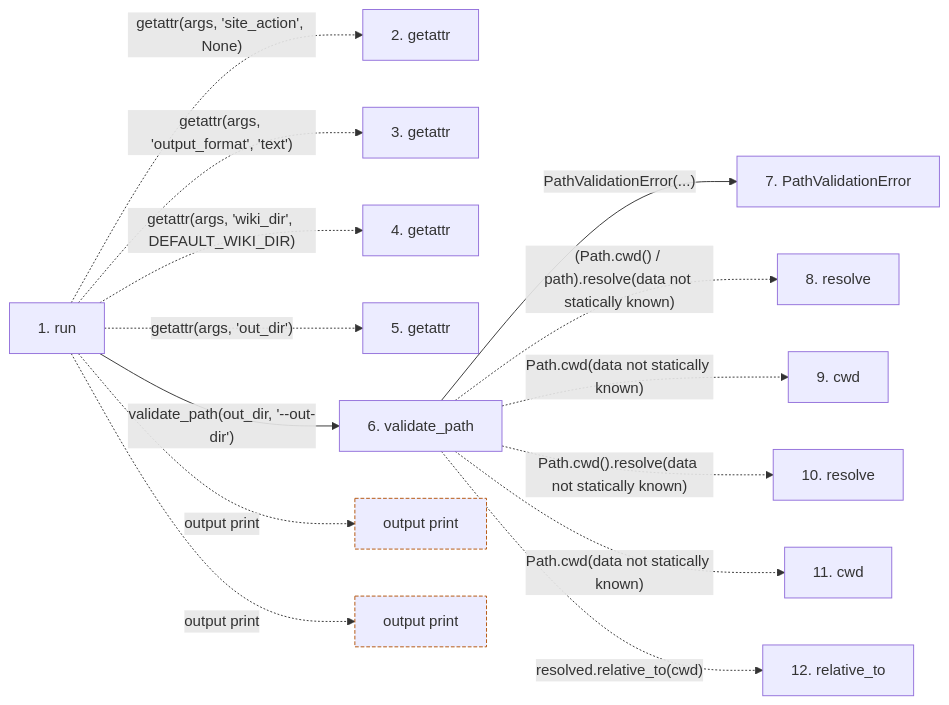
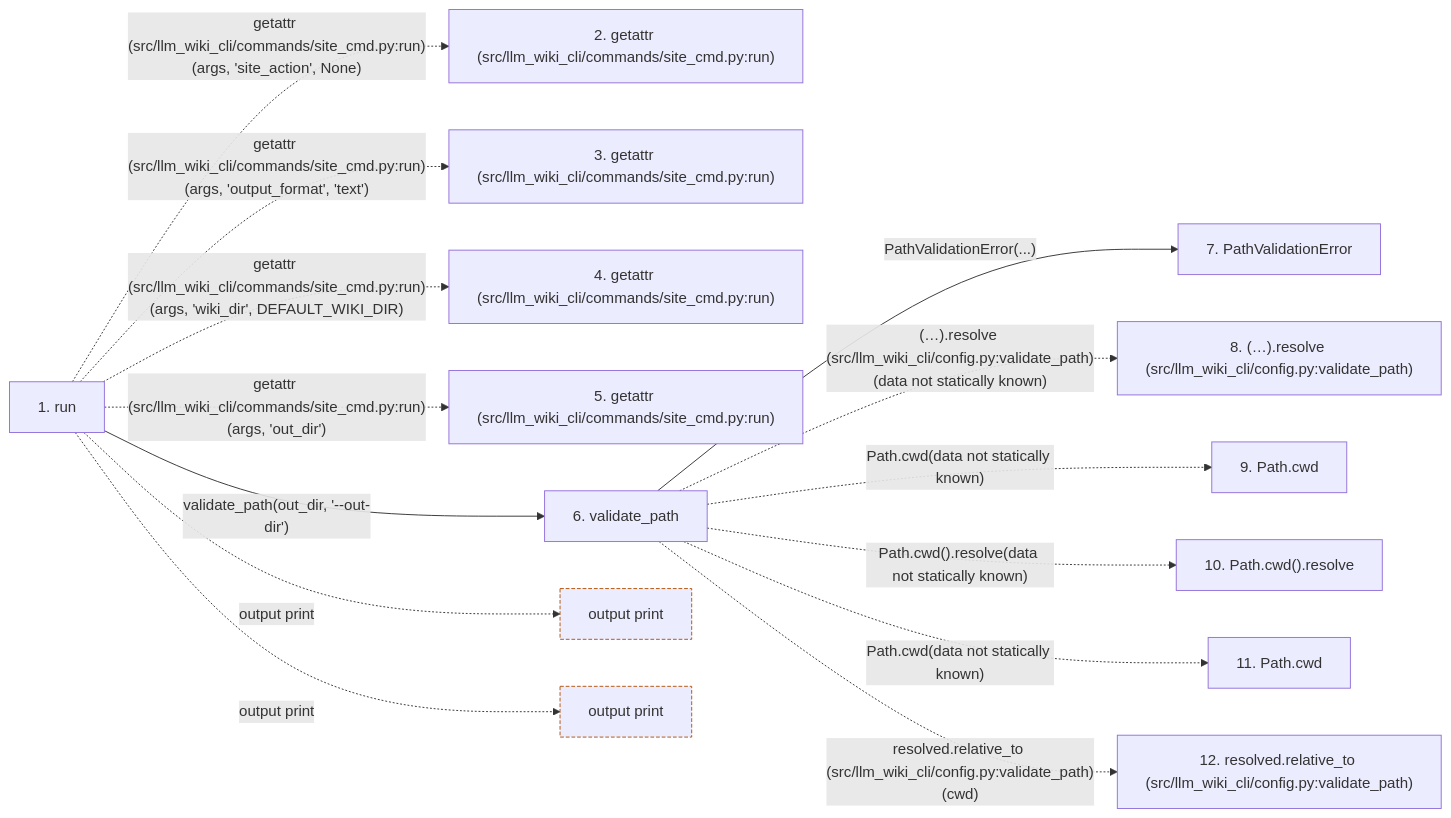
Before and after one commit to Denissvgn/python-wiki-llm: the second of 2 diagrams in docs/llm_wiki/flows/cli-site.md, drawn with Mermaid. The commit also changed other lines of this file and 719 other files, not shown here.

````diff
--- a/docs/llm_wiki/flows/cli-site.md
+++ b/docs/llm_wiki/flows/cli-site.md
@@ -91,36 +96,36 @@
 ```mermaid
 flowchart LR
     s1["1. run"]
-    s2["2. getattr"]
-    s3["3. getattr"]
-    s4["4. getattr"]
-    s5["5. getattr"]
+    s2["2. getattr (src/llm_wiki_cli/commands/site_cmd.py:run)"]
+    s3["3. getattr (src/llm_wiki_cli/commands/site_cmd.py:run)"]
+    s4["4. getattr (src/llm_wiki_cli/commands/site_cmd.py:run)"]
+    s5["5. getattr (src/llm_wiki_cli/commands/site_cmd.py:run)"]
     s6["6. validate_path"]
     s7["7. PathValidationError"]
-    s8["8. resolve"]
-    s9["9. cwd"]
-    s10["10. resolve"]
-    s11["11. cwd"]
-    s12["12. relative_to"]
-    s1 -. "getattr(args, 'site_action', None)" .-> s2
-    s1 -. "getattr(args, 'output_format', 'text')" .-> s3
-    s1 -. "getattr(args, 'wiki_dir', DEFAULT_WIKI_DIR)" .-> s4
-    s1 -. "getattr(args, 'out_dir')" .-> s5
+    s8["8. (…).resolve (src/llm_wiki_cli/config.py:validate_path)"]
+    s9["9. Path.cwd"]
+    s10["10. Path.cwd().resolve"]
+    s11["11. Path.cwd"]
+    s12["12. resolved.relative_to (src/llm_wiki_cli/config.py:validate_path)"]
+    s1 -. "getattr (src/llm_wiki_cli/commands/site_cmd.py:run)(args, 'site_action', None)" .-> s2
+    s1 -. "getattr (src/llm_wiki_cli/commands/site_cmd.py:run)(args, 'output_format', 'text')" .-> s3
+    s1 -. "getattr (src/llm_wiki_cli/commands/site_cmd.py:run)(args, 'wiki_dir', DEFAULT_WIKI_DIR)" .-> s4
+    s1 -. "getattr (src/llm_wiki_cli/commands/site_cmd.py:run)(args, 'out_dir')" .-> s5
     s1 -->|"validate_path(out_dir, '--out-dir')"| s6
     s6 -->|"PathValidationError(...)"| s7
-    s6 -. "(Path.cwd() / path).resolve(data not statically known)" .-> s8
+    s6 -. "(…).resolve (src/llm_wiki_cli/config.py:validate_path)(data not statically known)" .-> s8
     s6 -. "Path.cwd(data not statically known)" .-> s9
     s6 -. "Path.cwd().resolve(data not statically known)" .-> s10
     s6 -. "Path.cwd(data not statically known)" .-> s11
-    s6 -. "resolved.relative_to(cwd)" .-> s12
+    s6 -. "resolved.relative_to (src/llm_wiki_cli/config.py:validate_path)(cwd)" .-> s12
     b0["output print"]
     s1 -. "output print" .-> b0
     b1["output print"]
     s1 -. "output print" .-> b1
     click s1 "../modules/site_cmd.md"
     click s6 "../modules/config.md"
     click s7 "../modules/config.md"
     classDef boundary stroke:#b45309,stroke-dasharray: 4 2
     class b0 boundary
     class b1 boundary
 ```
````
